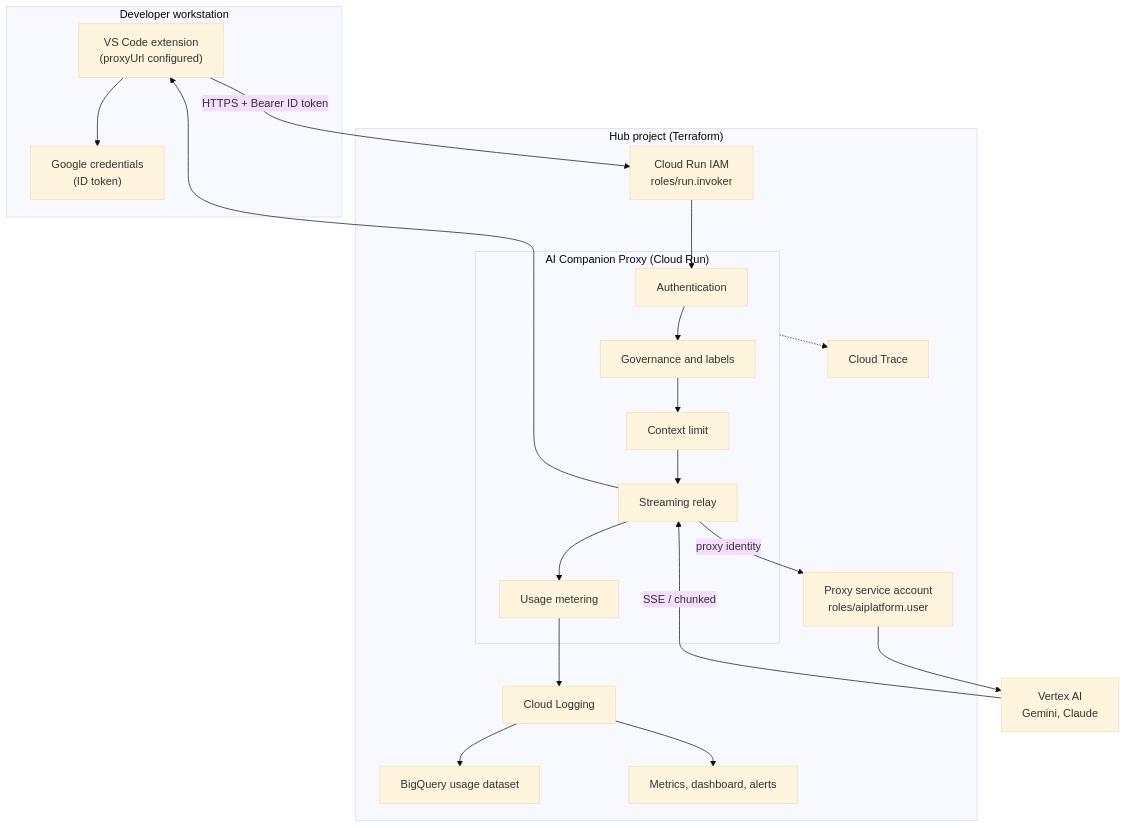
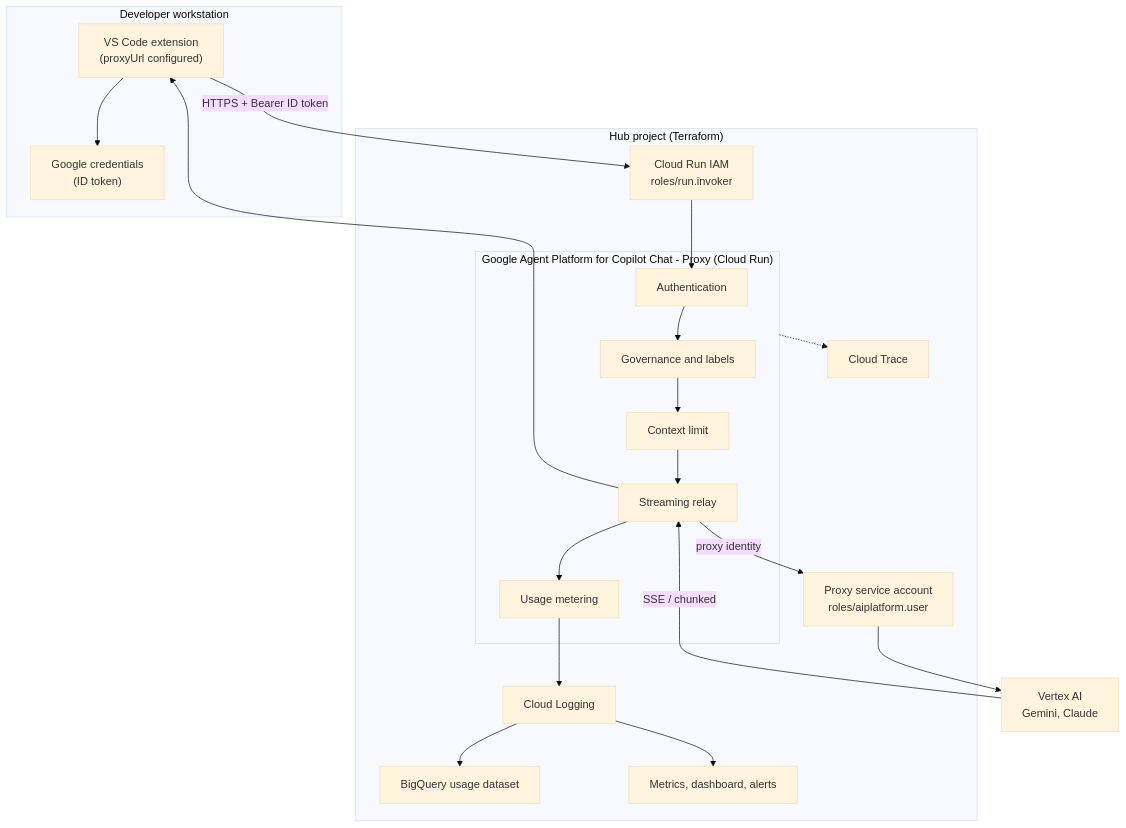
The first of 2 diagrams in docs/02-architecture.md (jorsm/vertex-ai-models-chat-provider-proxy), drawn with Mermaid (base theme) before and after one commit. The commit also changed 26 other files, not shown here.

First line of the commit message:
docs: rename the product to Google Agent Platform for Copilot Chat - Proxy

````diff
--- a/docs/02-architecture.md
+++ b/docs/02-architecture.md
@@ -10,34 +10,34 @@
 ```mermaid
 flowchart TD
     subgraph Client["Developer workstation"]
         EXT["VS Code extension<br/>(proxyUrl configured)"]
         ADC["Google credentials<br/>(ID token)"]
         EXT --> ADC
     end
 
     subgraph Hub["Hub project (Terraform)"]
         IAM["Cloud Run IAM<br/>roles/run.invoker"]
-        subgraph Proxy["AI Companion Proxy (Cloud Run)"]
+        subgraph Proxy["Google Agent Platform for Copilot Chat - Proxy (Cloud Run)"]
             AUTH["Authentication"]
             GOV["Governance and labels"]
             LIMIT["Context limit"]
             STREAM["Streaming relay"]
             METER["Usage metering"]
         end
         SA["Proxy service account<br/>roles/aiplatform.user"]
         LOG["Cloud Logging"]
         TRACE["Cloud Trace"]
         BQ["BigQuery usage dataset"]
         MON["Metrics, dashboard, alerts"]
     end
 
     VERTEX["Vertex AI<br/>Gemini, Claude"]
 
     EXT -->|"HTTPS + Bearer ID token"| IAM --> AUTH --> GOV --> LIMIT --> STREAM
     STREAM -->|"proxy identity"| SA --> VERTEX
     VERTEX -->|"SSE / chunked"| STREAM --> EXT
     STREAM --> METER --> LOG
     LOG --> BQ
     LOG --> MON
     Proxy -.-> TRACE
 ```
````
